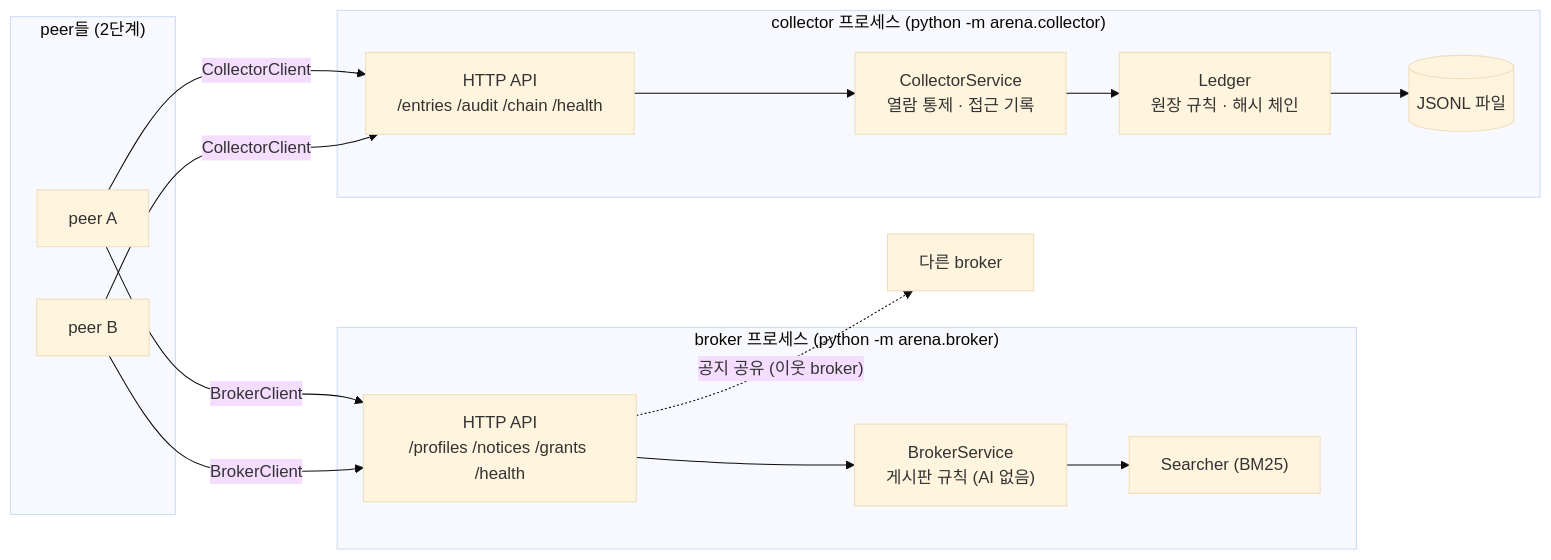
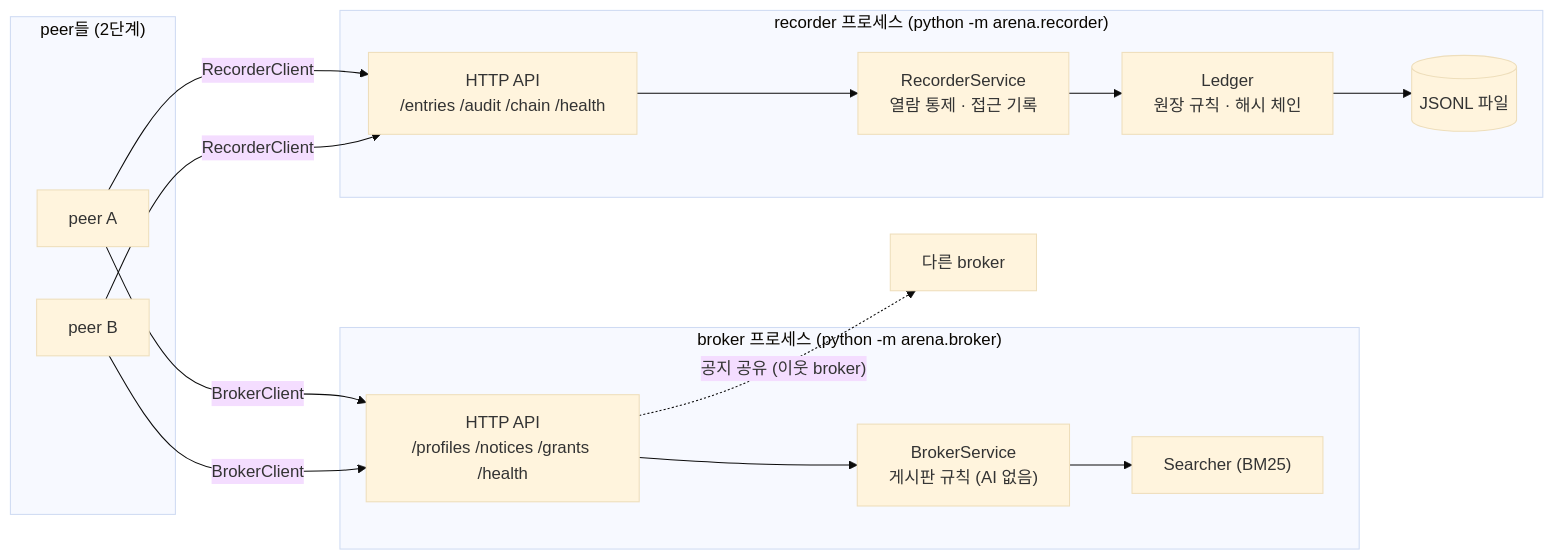
One commit to tanminkwan/share-ur-tokens changed the first of 7 diagrams in dev/phase1/design.md. Above: the diagram before and after it, drawn with Mermaid (base theme). The commit also changed other lines of this file and 32 other files, not shown here.

First line of the commit message:
refactor: Make the platform ledger generic and rename collector to recorder (phase 2-A)

````diff
--- a/dev/phase1/design.md
+++ b/dev/phase1/design.md
@@ -7,25 +7,25 @@
 ```mermaid
 flowchart LR
     subgraph peers["peer들 (2단계)"]
         P1["peer A"]
         P2["peer B"]
     end
     subgraph brokerproc["broker 프로세스 (python -m arena.broker)"]
         BAPI["HTTP API<br/>/profiles /notices /grants /health"]
         BSVC["BrokerService<br/>게시판 규칙 (AI 없음)"]
         SRCH["Searcher (BM25)"]
         BAPI --> BSVC --> SRCH
     end
-    subgraph colproc["collector 프로세스 (python -m arena.collector)"]
+    subgraph colproc["recorder 프로세스 (python -m arena.recorder)"]
         CAPI["HTTP API<br/>/entries /audit /chain /health"]
-        CSVC["CollectorService<br/>열람 통제 · 접근 기록"]
+        CSVC["RecorderService<br/>열람 통제 · 접근 기록"]
         LDG["Ledger<br/>원장 규칙 · 해시 체인"]
         FILE[("JSONL 파일")]
         CAPI --> CSVC --> LDG --> FILE
     end
     P1 -- "BrokerClient" --> BAPI
     P2 -- "BrokerClient" --> BAPI
-    P1 -- "CollectorClient" --> CAPI
-    P2 -- "CollectorClient" --> CAPI
+    P1 -- "RecorderClient" --> CAPI
+    P2 -- "RecorderClient" --> CAPI
     BAPI -. "공지 공유 (이웃 broker)" .-> BAPI2["다른 broker"]
 ```
````
